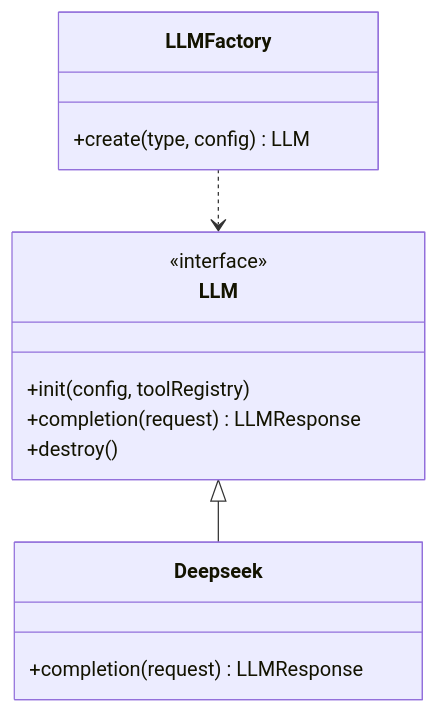
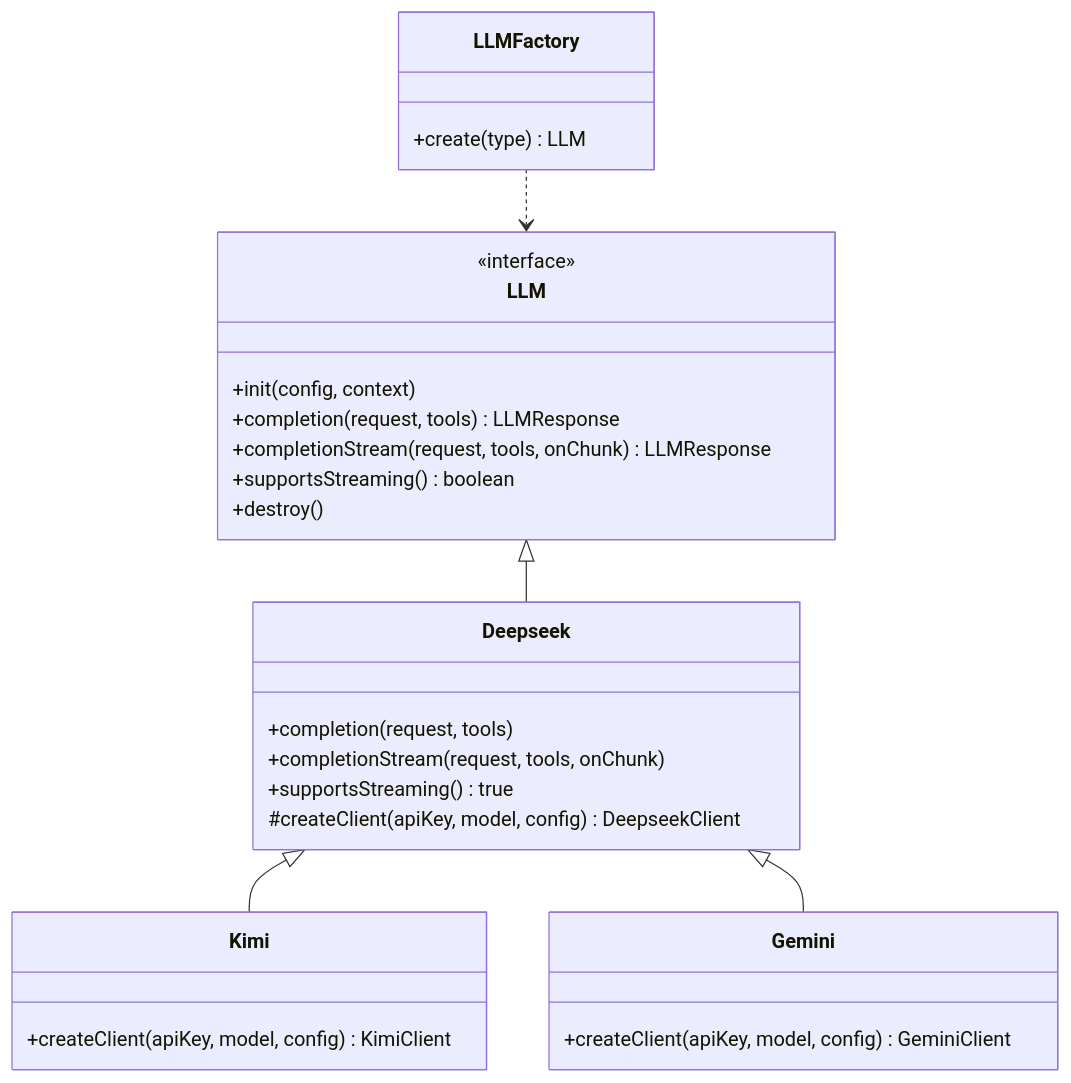
The sixth of 14 diagrams in ARCHITECTURE.md (wutsi/kokibot), drawn with Mermaid before and after one commit. The commit also changed other lines of this file and 6 other files, not shown here.

````diff
--- a/ARCHITECTURE.md
+++ b/ARCHITECTURE.md
@@ -171,20 +353,35 @@
 ```mermaid
 classDiagram
     class LLM {
         <<interface>>
-        +init(config, toolRegistry)
-        +completion(request) LLMResponse
+        +init(config, context)
+        +completion(request, tools) LLMResponse
+        +completionStream(request, tools, onChunk) LLMResponse
+        +supportsStreaming() boolean
         +destroy()
     }
     
     class Deepseek {
-        +completion(request) LLMResponse
+        +completion(request, tools)
+        +completionStream(request, tools, onChunk)
+        +supportsStreaming() true
+        #createClient(apiKey, model, config) DeepseekClient
+    }
+    
+    class Kimi {
+        +createClient(apiKey, model, config) KimiClient
+    }
+    
+    class Gemini {
+        +createClient(apiKey, model, config) GeminiClient
     }
     
     class LLMFactory {
-        +create(type, config) LLM
+        +create(type) LLM
     }
     
     LLM <|-- Deepseek
+    Deepseek <|-- Kimi
+    Deepseek <|-- Gemini
     LLMFactory ..> LLM
 ```
````
